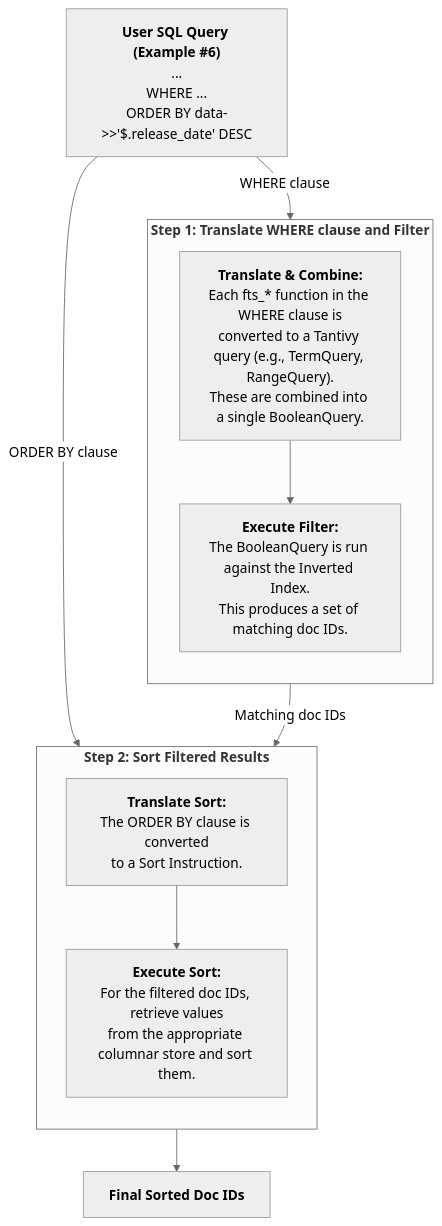
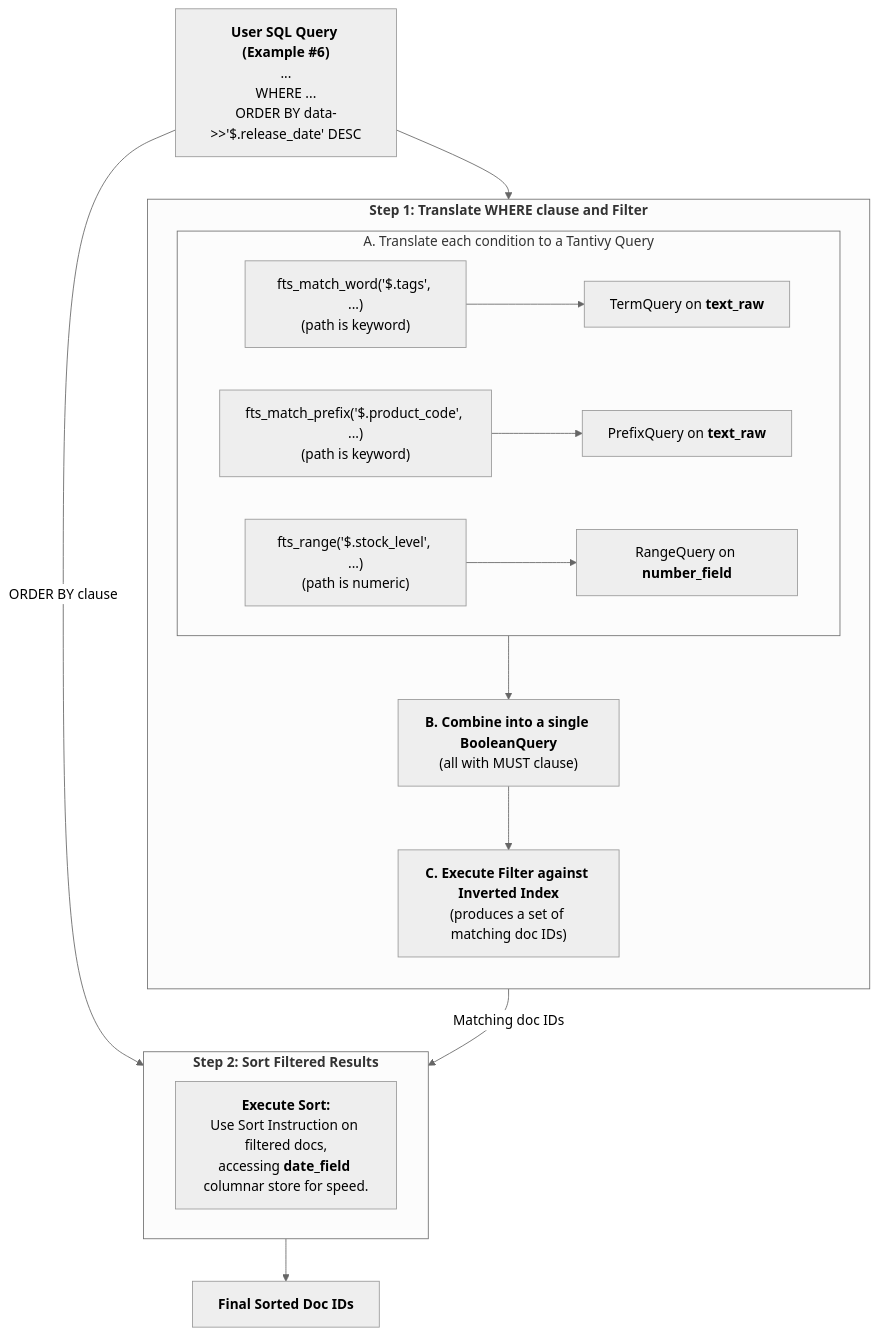
The second of 3 diagrams in TiCI_JSON_Support_Proposal.md (kolafish/tantivy), drawn with Mermaid (neutral theme) before and after one commit.

````diff
--- a/TiCI_JSON_Support_Proposal.md
+++ b/TiCI_JSON_Support_Proposal.md
@@ -193,25 +193,30 @@
 ```mermaid
 graph TD
     A["<b>User SQL Query (Example #6)</b><br/>...<br/>WHERE ...<br/>ORDER BY data->>'$.release_date' DESC"]
 
-    A -- "WHERE clause" --> Step1_Subgraph
+    A --> Step1_Subgraph
     A -- "ORDER BY clause" --> Step2_Subgraph
 
     subgraph Step1_Subgraph ["<b>Step 1: Translate WHERE clause and Filter</b>"]
         direction TB
-        B["<b>Translate & Combine:</b><br/>Each fts_* function in the WHERE clause is<br/>converted to a Tantivy query (e.g., TermQuery, RangeQuery).<br/>These are combined into a single BooleanQuery."]
-        C["<b>Execute Filter:</b><br/>The BooleanQuery is run against the Inverted Index.<br/>This produces a set of matching doc IDs."]
-        B --> C
+
+        subgraph Translate_Subgraph ["A. Translate each condition to a Tantivy Query"]
+            direction LR
+            C["fts_match_word('$.tags', ...)<br/>(path is keyword)"] --> C_Out["TermQuery on <b>text_raw</b>"]
+            D["fts_match_prefix('$.product_code', ...)<br/>(path is keyword)"] --> D_Out["PrefixQuery on <b>text_raw</b>"]
+            E["fts_range('$.stock_level', ...)<br/>(path is numeric)"] --> E_Out["RangeQuery on <b>number_field</b>"]
+        end
+
+        Translate_Subgraph --> G["<b>B. Combine into a single BooleanQuery</b><br/>(all with MUST clause)"]
+        
+        G --> H["<b>C. Execute Filter against Inverted Index</b><br/>(produces a set of matching doc IDs)"]
     end
 
-    C -- "Matching doc IDs" --> Step2_Subgraph
+    H -- "Matching doc IDs" --> Step2_Subgraph
 
     subgraph Step2_Subgraph ["<b>Step 2: Sort Filtered Results</b>"]
-        direction TB
-        D["<b>Translate Sort:</b><br/>The ORDER BY clause is converted<br/>to a Sort Instruction."]
-        E["<b>Execute Sort:</b><br/>For the filtered doc IDs, retrieve values<br/>from the appropriate columnar store and sort them."]
-        D --> E
+        I["<b>Execute Sort:</b><br/>Use Sort Instruction on filtered docs,<br/>accessing <b>date_field</b> columnar store for speed."]
     end
 
-    Step2_Subgraph --> F["<B>Final Sorted Doc IDs</B>"]
+    Step2_Subgraph --> J["<B>Final Sorted Doc IDs</B>"]
 ```
````
